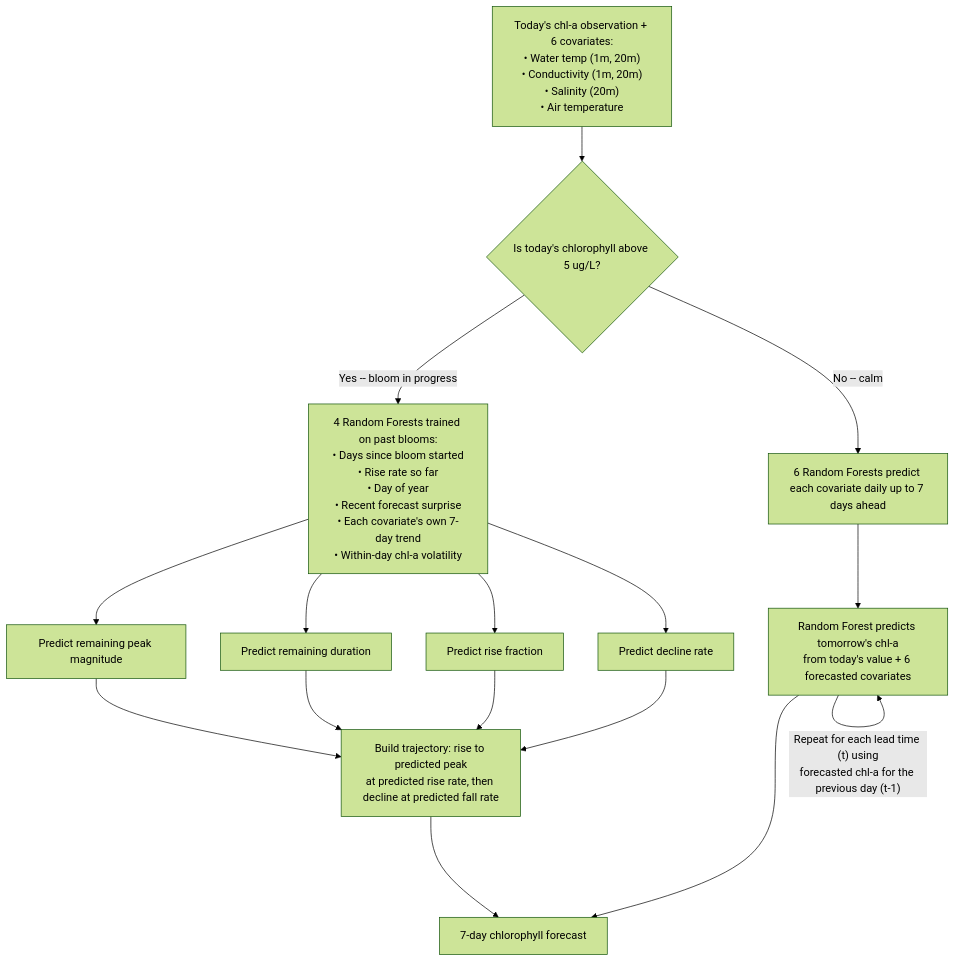
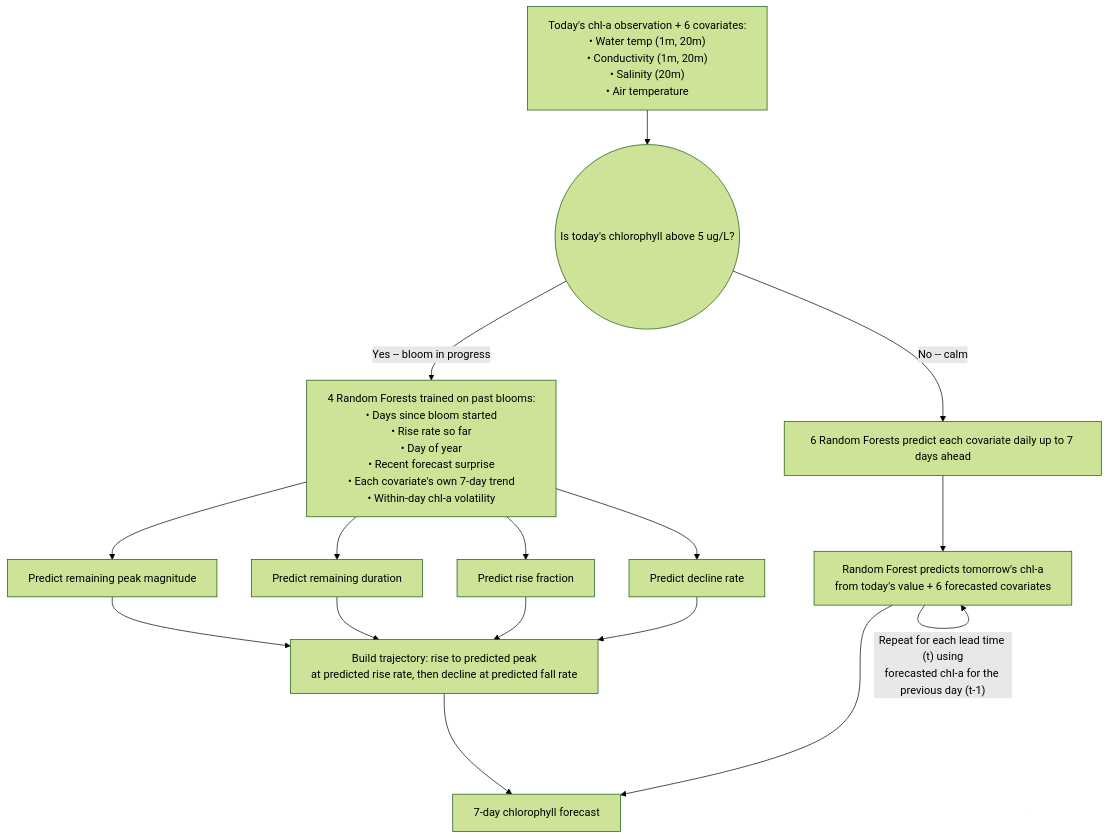
The diagram in dashboard/documentation.qmd (cami-webb/BloomBoard), drawn with Mermaid (forest theme) before and after one commit.

Commit message:
Fix bullet wrapping via wrappingWidth, make decision box a circle

````diff
--- a/dashboard/documentation.qmd
+++ b/dashboard/documentation.qmd
@@ -8,21 +8,22 @@
 ```{mermaid}
+%%{init: {'flowchart': {'wrappingWidth': 400}}}%%
 flowchart TD
     A["Today's chl-a observation + 6 covariates:<br/>&bull; Water temp (1m, 20m)<br/>&bull; Conductivity (1m, 20m)<br/>&bull; Salinity (20m)<br/>&bull; Air temperature"]
-    A --> Q{"Is today's chlorophyll above 5 ug/L?"}
+    A --> Q(("Is today's chlorophyll above 5 ug/L?"))
 
     Q -->|"Yes -- bloom in progress"| BM["4 Random Forests trained on past blooms:<br/>&bull; Days since bloom started<br/>&bull; Rise rate so far<br/>&bull; Day of year<br/>&bull; Recent forecast surprise<br/>&bull; Each covariate's own 7-day trend<br/>&bull; Within-day chl-a volatility"]
     BM --> BM1[Predict remaining peak magnitude]
     BM --> BM2[Predict remaining duration]
     BM --> BM4[Predict rise fraction]
     BM --> BM3[Predict decline rate]
     BM1 --> TRAJ["Build trajectory: rise to predicted peak<br/>at predicted rise rate, then decline at predicted fall rate"]
     BM2 --> TRAJ
     BM4 --> TRAJ
     BM3 --> TRAJ
     TRAJ --> OUT[7-day chlorophyll forecast]
 
     Q -->|"No -- calm"| CFC["6 Random Forests predict each covariate daily up to 7 days ahead"]
     CFC --> CM["Random Forest predicts tomorrow's chl-a<br/>from today's value + 6 forecasted covariates"]
     CM -->|"Repeat for each lead time (t) using<br/>forecasted chl-a for the previous day (t-1)"| CM
     CM --> OUT
 ```
````
